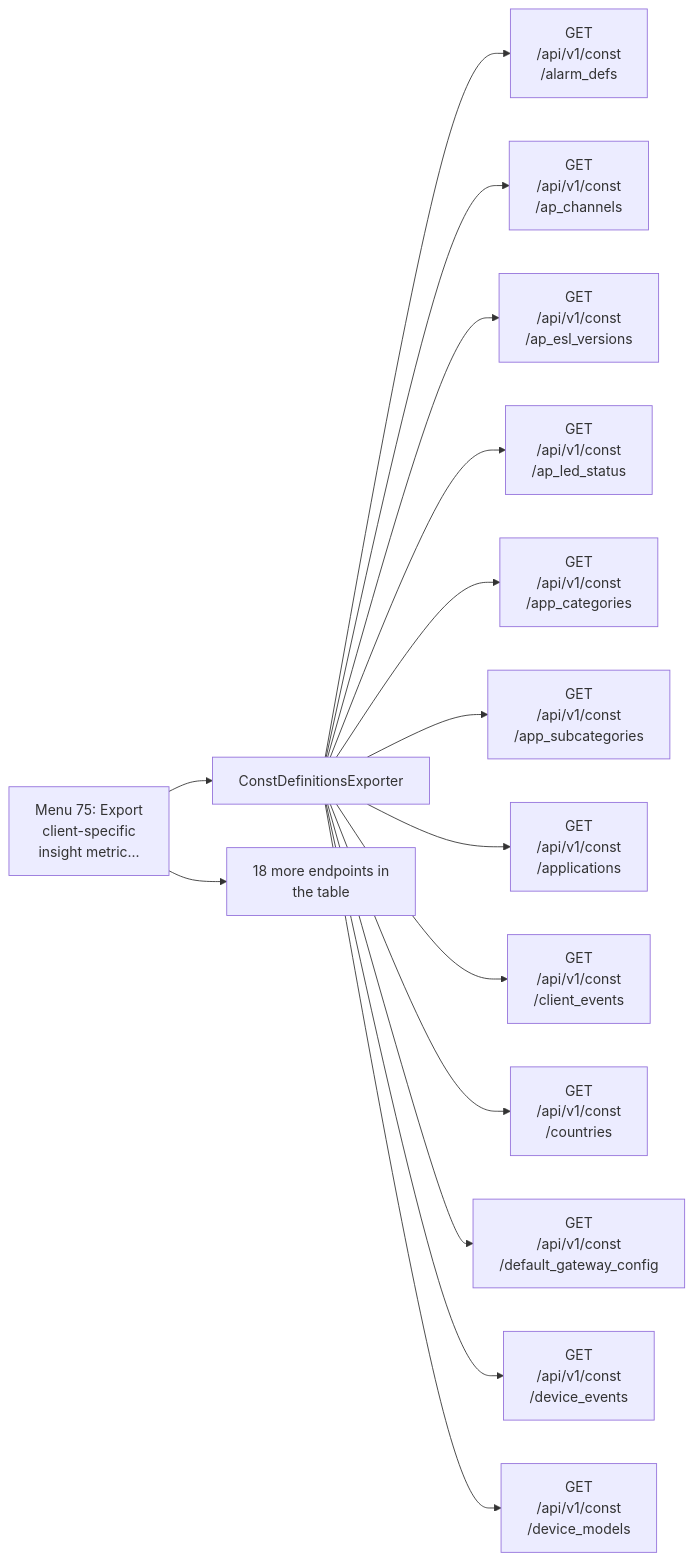
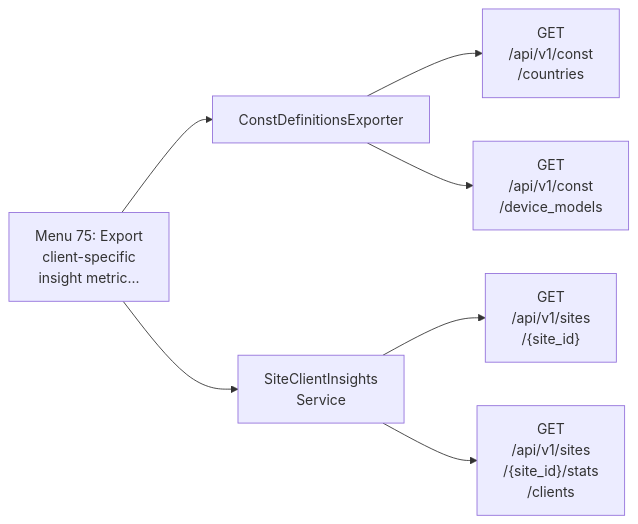
One commit to jmorrison-juniper/MistHelper changed the fifth of 27 diagrams in documentation/menu-api/interactive-safe.md. Above: the diagram before and after it, drawn with Mermaid. The commit also changed other lines of this file and 8 other files, not shown here.

First line of the commit message:
docs(insights): regenerate the selective insight API references

````diff
--- a/documentation/menu-api/interactive-safe.md
+++ b/documentation/menu-api/interactive-safe.md
@@ -292,18 +258,10 @@
 ```mermaid
 flowchart LR
     menu["Menu 75: Export<br/>client-specific<br/>insight metric..."]
     menu --> c1["ConstDefinitionsExporter"]
-    c1 --> e1["GET<br/>/api/v1/const<br/>/alarm_defs"]
-    c1 --> e2["GET<br/>/api/v1/const<br/>/ap_channels"]
-    c1 --> e3["GET<br/>/api/v1/const<br/>/ap_esl_versions"]
-    c1 --> e4["GET<br/>/api/v1/const<br/>/ap_led_status"]
-    c1 --> e5["GET<br/>/api/v1/const<br/>/app_categories"]
-    c1 --> e6["GET<br/>/api/v1/const<br/>/app_subcategories"]
-    c1 --> e7["GET<br/>/api/v1/const<br/>/applications"]
-    c1 --> e8["GET<br/>/api/v1/const<br/>/client_events"]
-    c1 --> e9["GET<br/>/api/v1/const<br/>/countries"]
-    c1 --> e10["GET<br/>/api/v1/const<br/>/default_gateway_config"]
-    c1 --> e11["GET<br/>/api/v1/const<br/>/device_events"]
-    c1 --> e12["GET<br/>/api/v1/const<br/>/device_models"]
-    menu --> more["18 more endpoints in<br/>the table"]
+    c1 --> e1["GET<br/>/api/v1/const<br/>/countries"]
+    c1 --> e2["GET<br/>/api/v1/const<br/>/device_models"]
+    menu --> c2["SiteClientInsights<br/>Service"]
+    c2 --> e3["GET<br/>/api/v1/sites<br/>/{site_id}"]
+    c2 --> e4["GET<br/>/api/v1/sites<br/>/{site_id}/stats<br/>/clients"]
 ```
````
